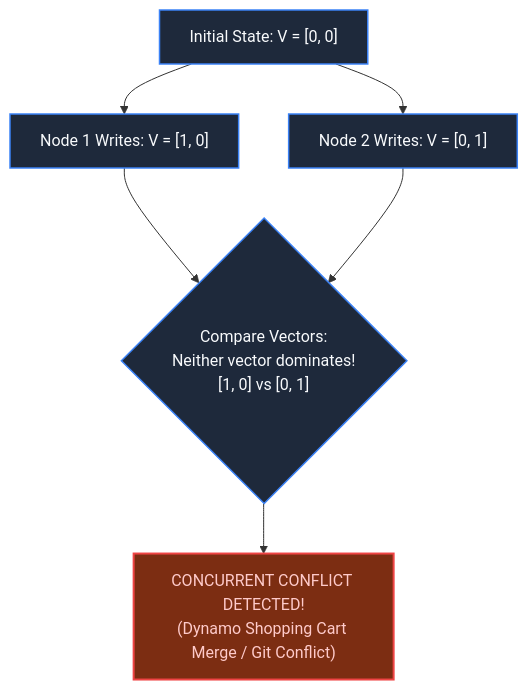
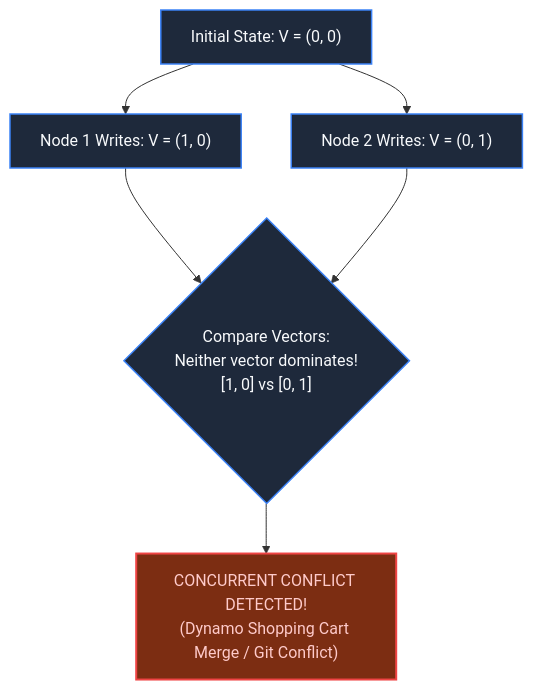
Before and after one commit to Priyeshnd555/systems-beyond-the-code: the third of 4 diagrams in book/part-03-time-space-asynchrony/chapter-15-illusion-of-global-clock-time.md, drawn with Mermaid. The commit also changed other lines of this file and 33 other files, not shown here.

Commit message:
feat: add dynamic mermaid diagram sanitization and update chart syntax across book chapters

````diff
--- a/book/part-03-time-space-asynchrony/chapter-15-illusion-of-global-clock-time.md
+++ b/book/part-03-time-space-asynchrony/chapter-15-illusion-of-global-clock-time.md
@@ -94,14 +94,14 @@
 ```mermaid
 graph TD
-    Root["Initial State: V = [0, 0]"] --> E1["Node 1 Writes: V = [1, 0]"]
-    Root --> E2["Node 2 Writes: V = [0, 1]"]
+    Root["Initial State: V = (0, 0)"] --> E1["Node 1 Writes: V = (1, 0)"]
+    Root --> E2["Node 2 Writes: V = (0, 1)"]
     
     E1 --> Conflict{"Compare Vectors:\nNeither vector dominates!\n[1, 0] vs [0, 1]"}
     E2 --> Conflict
     
     Conflict --> Fork["CONCURRENT CONFLICT DETECTED!\n(Dynamo Shopping Cart Merge / Git Conflict)"]
 
     classDef default fill:#1e293b,stroke:#3b82f6,stroke-width:1.5px,color:#f8fafc;
     classDef alert fill:#7c2d12,stroke:#ef4444,stroke-width:2px,color:#fecaca;
     class Fork alert;
 ```
````
